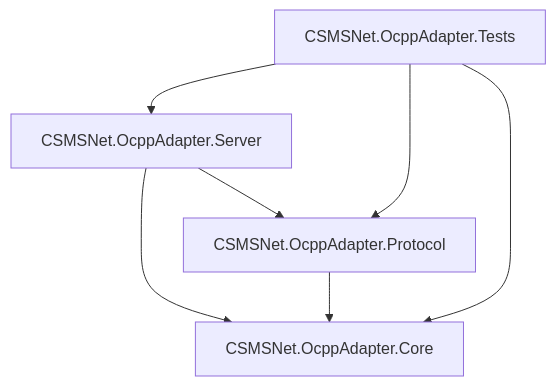
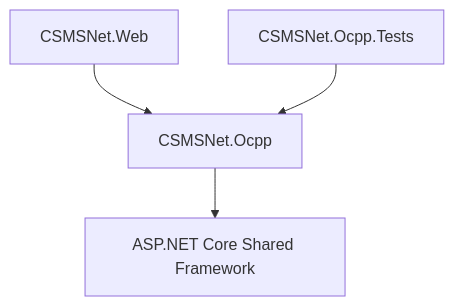
The diagram in PROJECT_MANUAL.md (clarknu/CSMSNet), drawn with Mermaid before and after one commit. The commit also changed other lines of this file and 205 other files, not shown here.

````diff
--- a/PROJECT_MANUAL.md
+++ b/PROJECT_MANUAL.md
@@ -42,9 +41,6 @@
 ```mermaid
 graph TD
-    Server[CSMSNet.OcppAdapter.Server] --> Core[CSMSNet.OcppAdapter.Core]
-    Server --> Protocol[CSMSNet.OcppAdapter.Protocol]
-    Protocol --> Core
-    Tests[CSMSNet.OcppAdapter.Tests] --> Core
-    Tests --> Server
-    Tests --> Protocol
+    Web[CSMSNet.Web] --> Ocpp[CSMSNet.Ocpp]
+    Tests[CSMSNet.Ocpp.Tests] --> Ocpp
+    Ocpp --> AspNetCore[ASP.NET Core Shared Framework]
 ```
````
